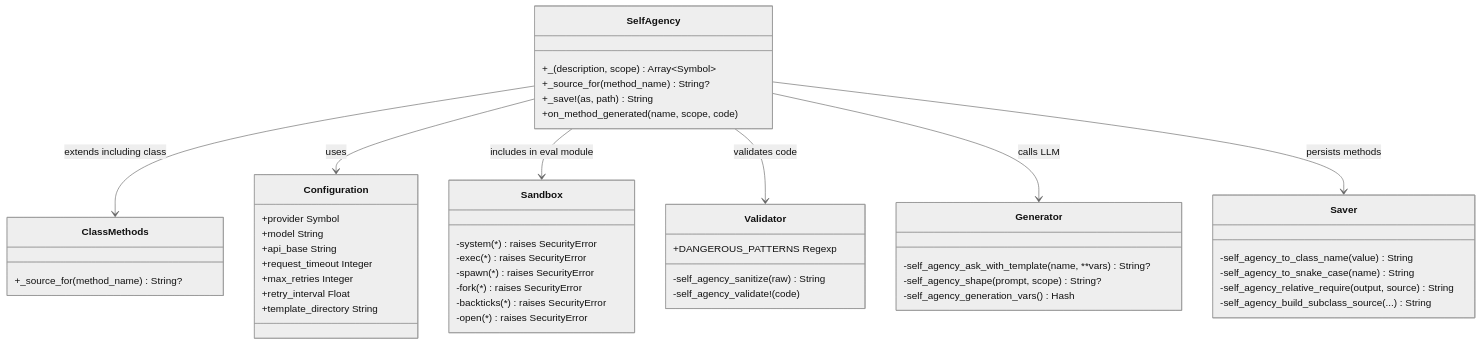
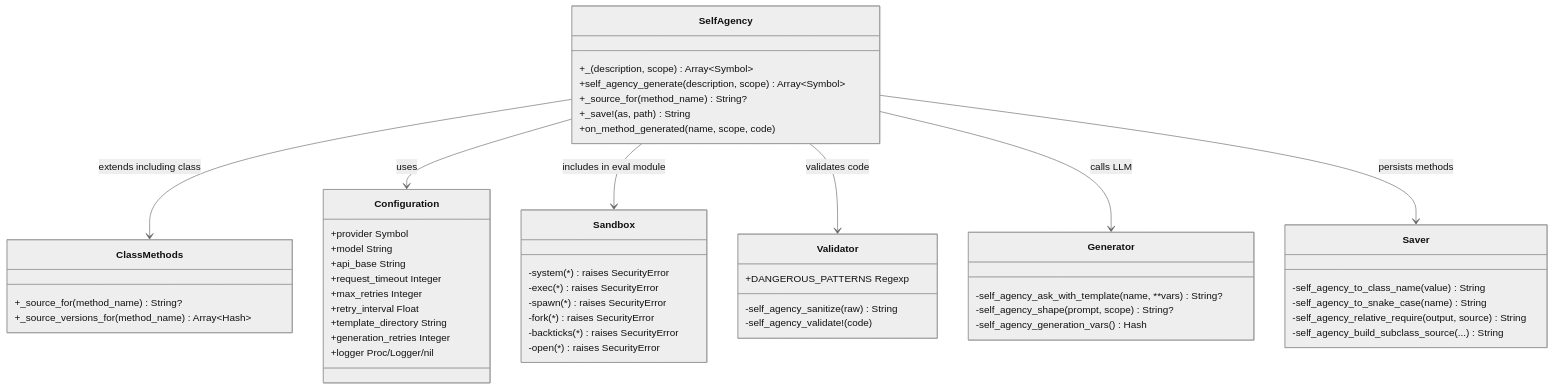
Before and after one commit to MadBomber/self_agency: the second of 2 diagrams in docs/architecture/overview.md, drawn with Mermaid (neutral theme). The commit also changed other lines of this file and 15 other files, not shown here.

````diff
--- a/docs/architecture/overview.md
+++ b/docs/architecture/overview.md
@@ -81,58 +89,62 @@
 ```mermaid
 classDiagram
     class SelfAgency {
         +_(description, scope) Array~Symbol~
+        +self_agency_generate(description, scope) Array~Symbol~
         +_source_for(method_name) String?
         +_save!(as, path) String
         +on_method_generated(name, scope, code)
     }
 
     class ClassMethods {
         +_source_for(method_name) String?
+        +_source_versions_for(method_name) Array~Hash~
     }
 
     class Configuration {
         +provider Symbol
         +model String
         +api_base String
         +request_timeout Integer
         +max_retries Integer
         +retry_interval Float
         +template_directory String
+        +generation_retries Integer
+        +logger Proc/Logger/nil
     }
 
     class Sandbox {
         -system(*) raises SecurityError
         -exec(*) raises SecurityError
         -spawn(*) raises SecurityError
         -fork(*) raises SecurityError
         -backticks(*) raises SecurityError
         -open(*) raises SecurityError
     }
 
     class Validator {
         +DANGEROUS_PATTERNS Regexp
         -self_agency_sanitize(raw) String
         -self_agency_validate!(code)
     }
 
     class Generator {
         -self_agency_ask_with_template(name, **vars) String?
         -self_agency_shape(prompt, scope) String?
         -self_agency_generation_vars() Hash
     }
 
     class Saver {
         -self_agency_to_class_name(value) String
         -self_agency_to_snake_case(name) String
         -self_agency_relative_require(output, source) String
         -self_agency_build_subclass_source(...) String
     }
 
     SelfAgency --> ClassMethods : extends including class
     SelfAgency --> Configuration : uses
     SelfAgency --> Sandbox : includes in eval module
     SelfAgency --> Validator : validates code
     SelfAgency --> Generator : calls LLM
     SelfAgency --> Saver : persists methods
 ```
````
